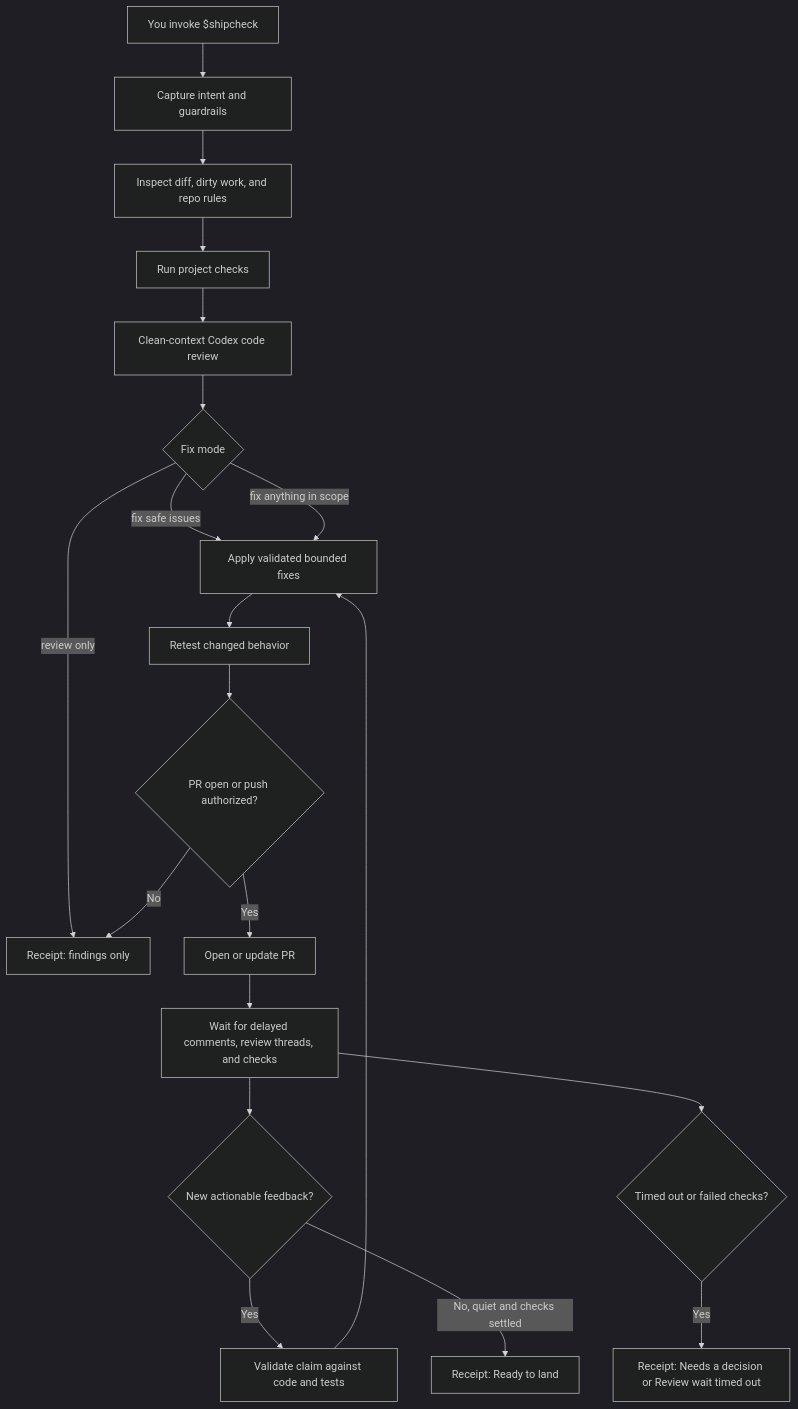
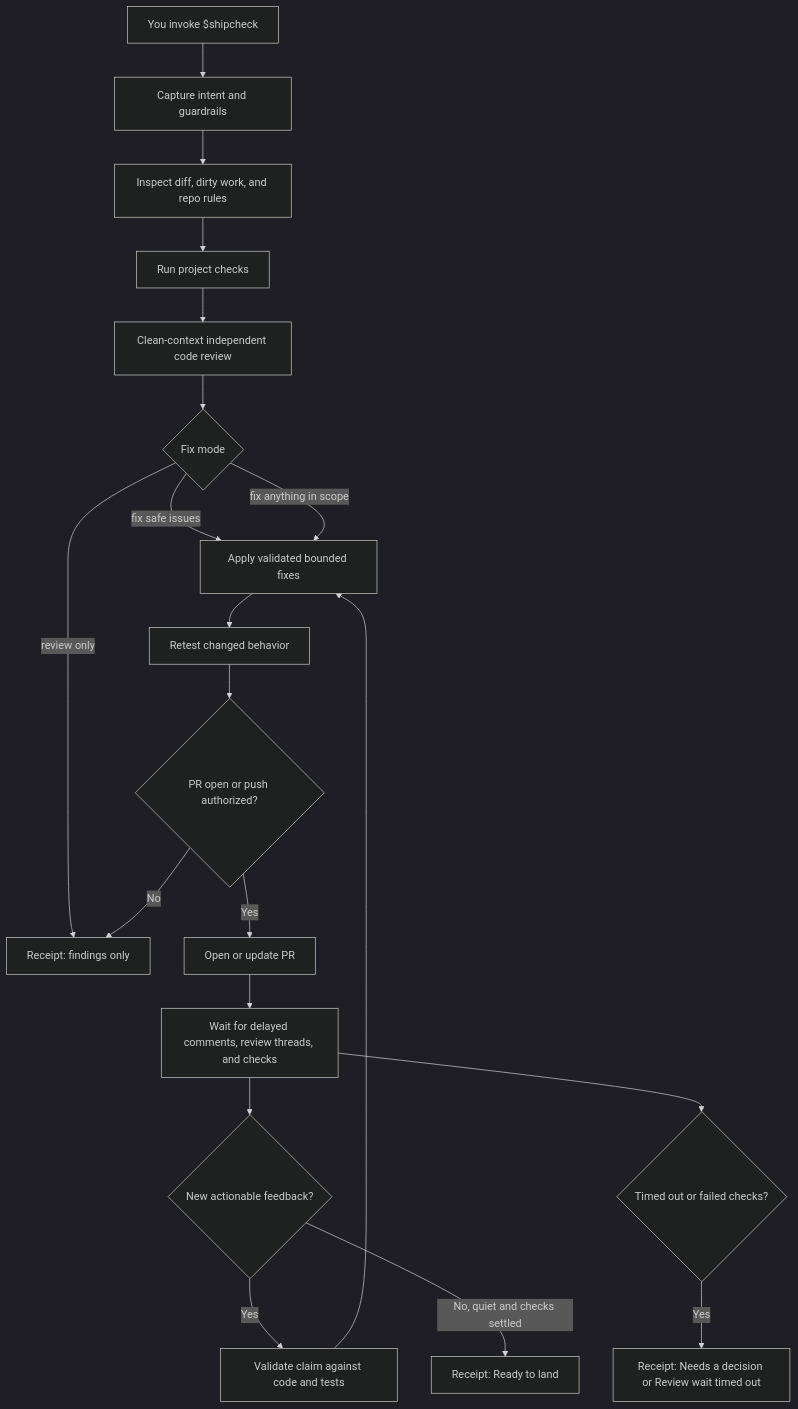
One commit to matthewrball/skills changed the diagram in README.md. Above: the diagram before and after it, drawn with Mermaid (dark theme). The commit also changed other lines of this file and 1 other file, not shown here.

Commit message:
Remove Codex branding

````diff
--- a/README.md
+++ b/README.md
@@ -31,22 +31,22 @@
 ```mermaid
 flowchart TD
     A["You invoke $shipcheck"] --> B["Capture intent and guardrails"]
     B --> C["Inspect diff, dirty work, and repo rules"]
     C --> D["Run project checks"]
-    D --> E["Clean-context Codex code review"]
+    D --> E["Clean-context independent code review"]
     E --> F{"Fix mode"}
     F -- "review only" --> G["Receipt: findings only"]
     F -- "fix safe issues" --> H["Apply validated bounded fixes"]
     F -- "fix anything in scope" --> H
     H --> I["Retest changed behavior"]
     I --> J{"PR open or push authorized?"}
     J -- "No" --> G
     J -- "Yes" --> K["Open or update PR"]
     K --> L["Wait for delayed comments, review threads, and checks"]
     L --> M{"New actionable feedback?"}
     M -- "Yes" --> N["Validate claim against code and tests"]
     N --> H
     M -- "No, quiet and checks settled" --> O["Receipt: Ready to land"]
     L --> P{"Timed out or failed checks?"}
     P -- "Yes" --> Q["Receipt: Needs a decision or Review wait timed out"]
 ```
````
